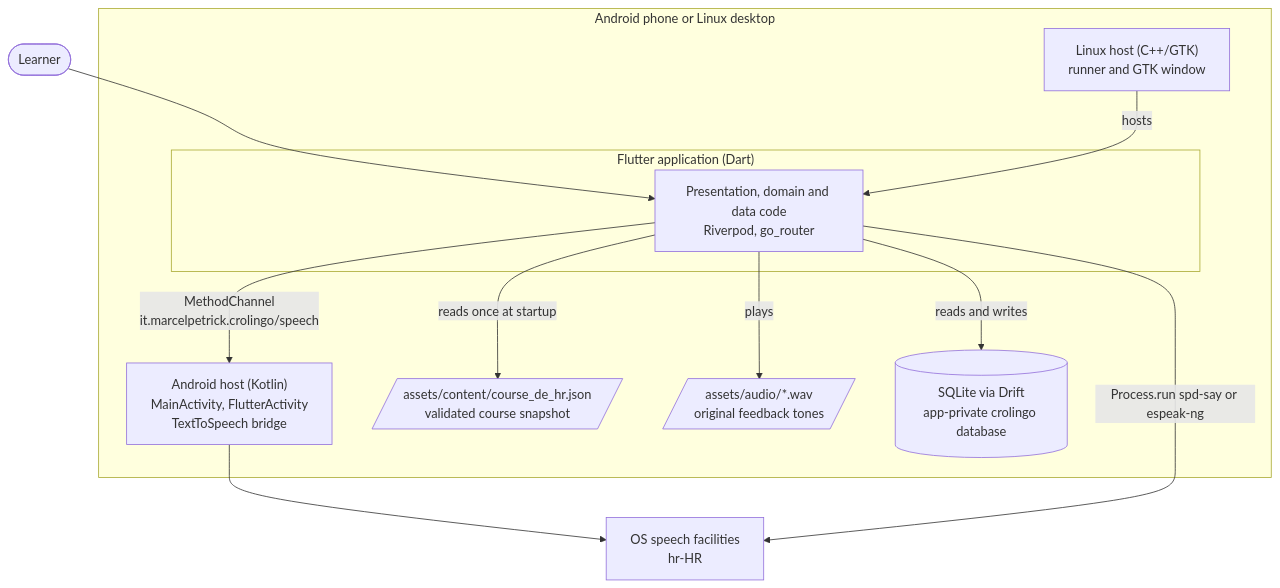
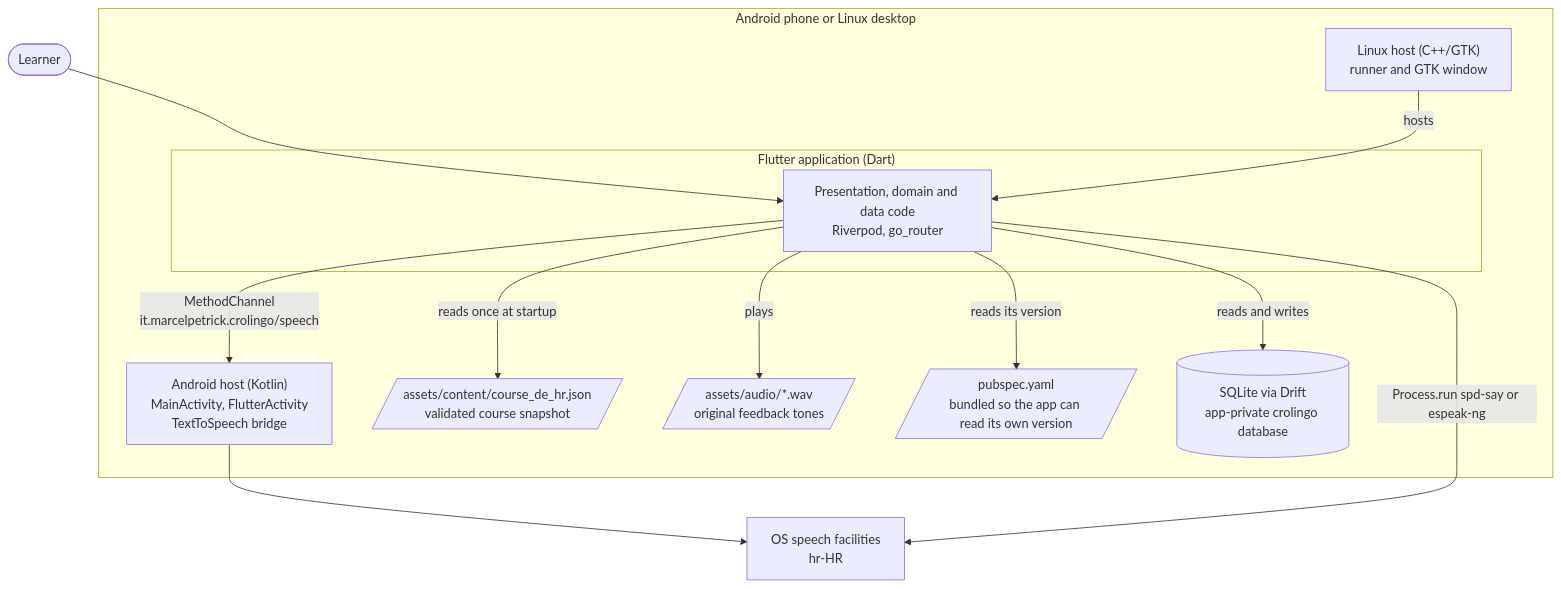
Before and after one commit to marcelpetrick/CroLingo: the second of 8 diagrams in docs/05_architecture.md, drawn with Mermaid. The commit also changed other lines of this file and 6 other files, not shown here.

````diff
--- a/docs/05_architecture.md
+++ b/docs/05_architecture.md
@@ -53,28 +53,30 @@
 ```mermaid
 flowchart TB
   Learner(["Learner"])
 
   subgraph Device["Android phone or Linux desktop"]
     subgraph FlutterApp["Flutter application (Dart)"]
       Dart["Presentation, domain and data code<br/>Riverpod, go_router"]
     end
 
     AndroidHost["Android host (Kotlin)<br/>MainActivity, FlutterActivity<br/>TextToSpeech bridge"]
     LinuxHost["Linux host (C++/GTK)<br/>runner and GTK window"]
 
     CourseAsset[/"assets/content/course_de_hr.json<br/>validated course snapshot"/]
     ToneAssets[/"assets/audio/*.wav<br/>original feedback tones"/]
+    Manifest[/"pubspec.yaml<br/>bundled so the app can read its own version"/]
     Database[("SQLite via Drift<br/>app-private crolingo database")]
   end
 
   OsTts["OS speech facilities<br/>hr-HR"]
 
   Learner --> Dart
   LinuxHost -->|"hosts"| Dart
   Dart -->|"MethodChannel<br/>it.marcelpetrick.crolingo/speech"| AndroidHost
   AndroidHost --> OsTts
   Dart -->|"Process.run spd-say or espeak-ng"| OsTts
   Dart -->|"reads once at startup"| CourseAsset
   Dart -->|"plays"| ToneAssets
+  Dart -->|"reads its version"| Manifest
   Dart -->|"reads and writes"| Database
 ```
````
